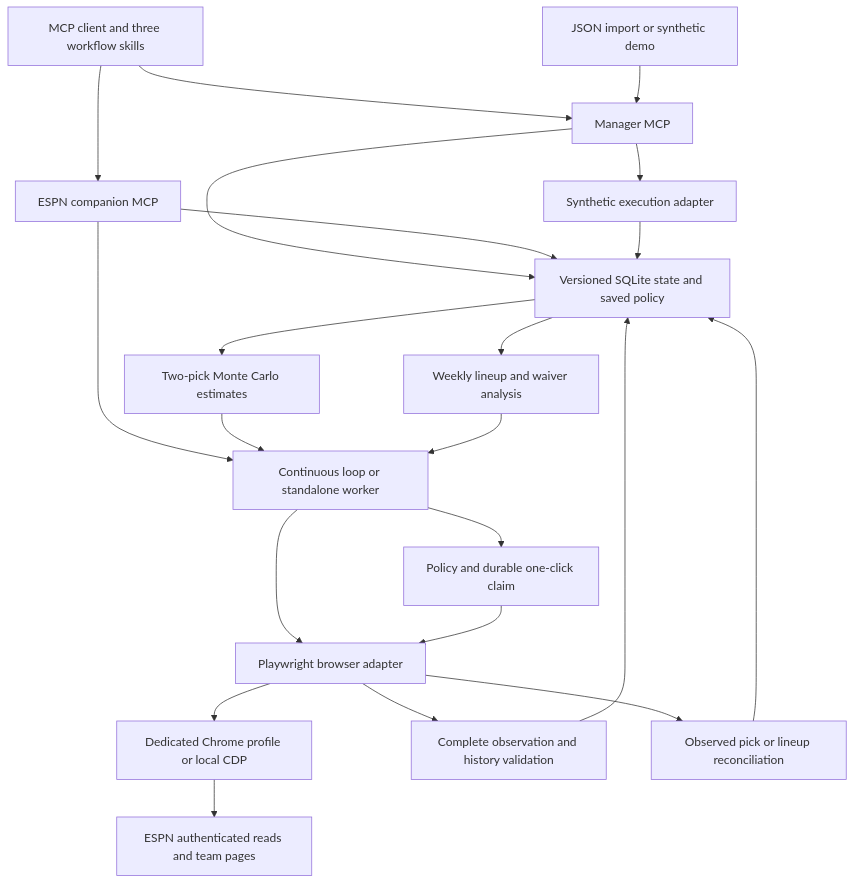
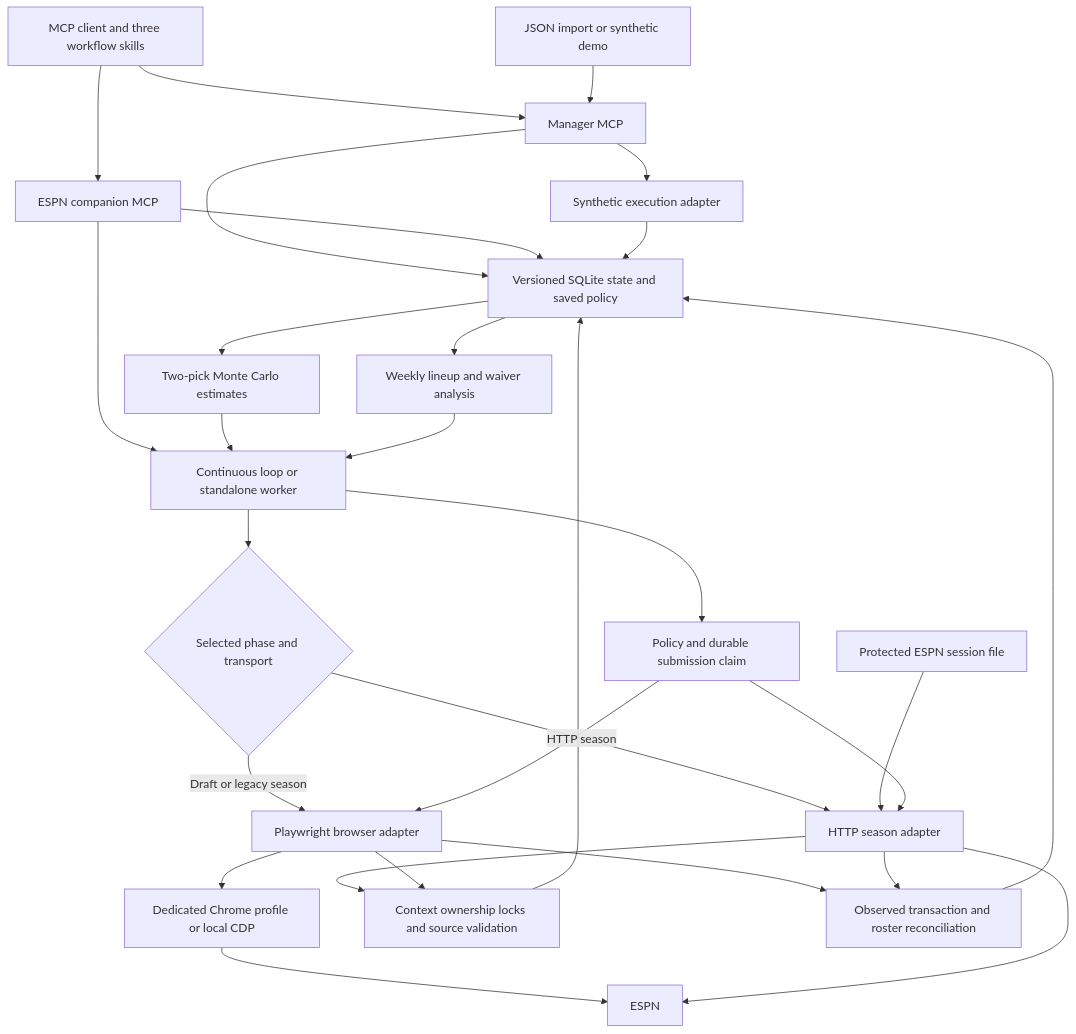
The first of 4 diagrams in docs/ARCHITECTURE.md (krmisystems/fantasy-football-manager), drawn with Mermaid before and after one commit. The commit also changed other lines of this file and 69 other files, not shown here.

Commit message:
Add browser-free ESPN season automation and incremental archive

````diff
--- a/docs/ARCHITECTURE.md
+++ b/docs/ARCHITECTURE.md
@@ -10,24 +11,31 @@
 ```mermaid
 flowchart TD
     Client[MCP client and three workflow skills] --> Manager[Manager MCP]
     Client --> ESPN[ESPN companion MCP]
     Import[JSON import or synthetic demo] --> Manager
     Manager --> Store[Versioned SQLite state and saved policy]
     ESPN --> Store
     ESPN --> Worker[Continuous loop or standalone worker]
-    Worker --> Browser[Playwright browser adapter]
+    Worker --> Mode{Selected phase and transport}
+    Mode -->|HTTP season| HTTP[HTTP season adapter]
+    Mode -->|Draft or legacy season| Browser[Playwright browser adapter]
+    Session[Protected ESPN session file] --> HTTP
     Browser --> Chrome[Dedicated Chrome profile or local CDP]
-    Chrome --> Platform[ESPN authenticated reads and team pages]
-    Browser --> Validate[Complete observation and history validation]
+    Chrome --> Platform[ESPN]
+    HTTP --> Platform
+    HTTP --> Validate[Context ownership locks and source validation]
+    Browser --> Validate
     Validate --> Store
     Store --> Draft[Two-pick Monte Carlo estimates]
     Store --> Season[Weekly lineup and waiver analysis]
     Draft --> Worker
     Season --> Worker
-    Worker --> Claim[Policy and durable one-click claim]
+    Worker --> Claim[Policy and durable submission claim]
     Claim --> Browser
-    Browser --> Reconcile[Observed pick or lineup reconciliation]
+    Claim --> HTTP
+    Browser --> Reconcile[Observed transaction and roster reconciliation]
+    HTTP --> Reconcile
     Reconcile --> Store
     Manager --> Demo[Synthetic execution adapter]
     Demo --> Store
 ```
````
